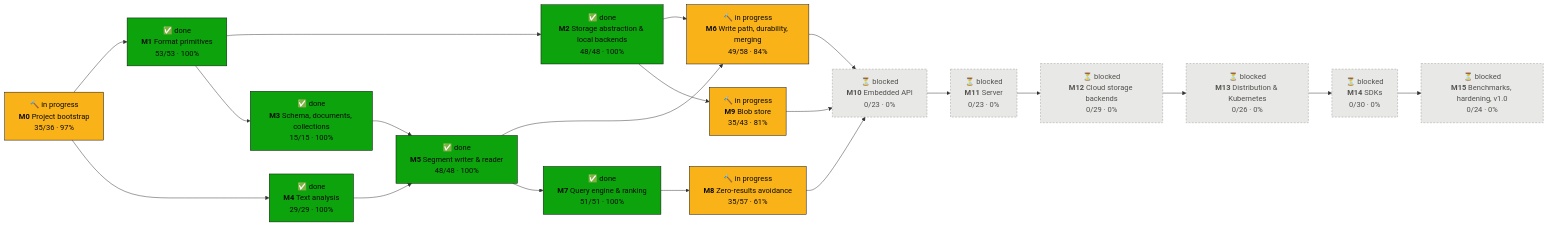
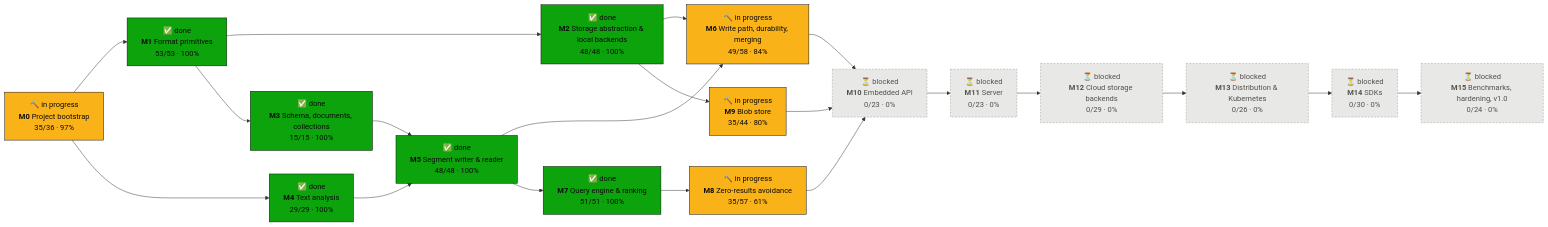
One commit to tomiok/persiaDB changed the first of 2 diagrams in PROGRESS.md. Above: the diagram before and after it, drawn with Mermaid. The commit also changed other lines of this file and 4 other files, not shown here.

First line of the commit message:
docs(blob): name the resume audit and track the prefix bind (ROADMAP 9.3.7)

````diff
--- a/PROGRESS.md
+++ b/PROGRESS.md
@@ -16,42 +16,42 @@
 ```mermaid
 flowchart LR
   M0["🔨 in progress<br/><b>M0</b> Project bootstrap<br/>35/36 · 97%"]:::doing
   M1["✅ done<br/><b>M1</b> Format primitives<br/>53/53 · 100%"]:::done
   M2["✅ done<br/><b>M2</b> Storage abstraction & local backends<br/>48/48 · 100%"]:::done
   M3["✅ done<br/><b>M3</b> Schema, documents, collections<br/>15/15 · 100%"]:::done
   M4["✅ done<br/><b>M4</b> Text analysis<br/>29/29 · 100%"]:::done
   M5["✅ done<br/><b>M5</b> Segment writer & reader<br/>48/48 · 100%"]:::done
   M6["🔨 in progress<br/><b>M6</b> Write path, durability, merging<br/>49/58 · 84%"]:::doing
   M7["✅ done<br/><b>M7</b> Query engine & ranking<br/>51/51 · 100%"]:::done
   M8["🔨 in progress<br/><b>M8</b> Zero-results avoidance<br/>35/57 · 61%"]:::doing
-  M9["🔨 in progress<br/><b>M9</b> Blob store<br/>35/43 · 81%"]:::doing
+  M9["🔨 in progress<br/><b>M9</b> Blob store<br/>35/44 · 80%"]:::doing
   M10["⏳ blocked<br/><b>M10</b> Embedded API<br/>0/23 · 0%"]:::blocked
   M11["⏳ blocked<br/><b>M11</b> Server<br/>0/23 · 0%"]:::blocked
   M12["⏳ blocked<br/><b>M12</b> Cloud storage backends<br/>0/29 · 0%"]:::blocked
   M13["⏳ blocked<br/><b>M13</b> Distribution & Kubernetes<br/>0/26 · 0%"]:::blocked
   M14["⏳ blocked<br/><b>M14</b> SDKs<br/>0/30 · 0%"]:::blocked
   M15["⏳ blocked<br/><b>M15</b> Benchmarks, hardening, v1.0<br/>0/24 · 0%"]:::blocked
   M0 --> M1
   M1 --> M2
   M1 --> M3
   M0 --> M4
   M3 --> M5
   M4 --> M5
   M2 --> M6
   M5 --> M6
   M5 --> M7
   M7 --> M8
   M2 --> M9
   M6 --> M10
   M8 --> M10
   M9 --> M10
   M10 --> M11
   M11 --> M12
   M12 --> M13
   M13 --> M14
   M14 --> M15
   classDef done fill:#0ca30c,stroke:#0b0b0b,color:#0b0b0b
   classDef doing fill:#fab219,stroke:#0b0b0b,color:#0b0b0b
   classDef ready fill:#fcfcfb,stroke:#0b0b0b,stroke-width:2px,color:#0b0b0b
   classDef blocked fill:#e8e8e6,stroke:#9a9a96,stroke-dasharray:4 3,color:#52514e
 ```
````
